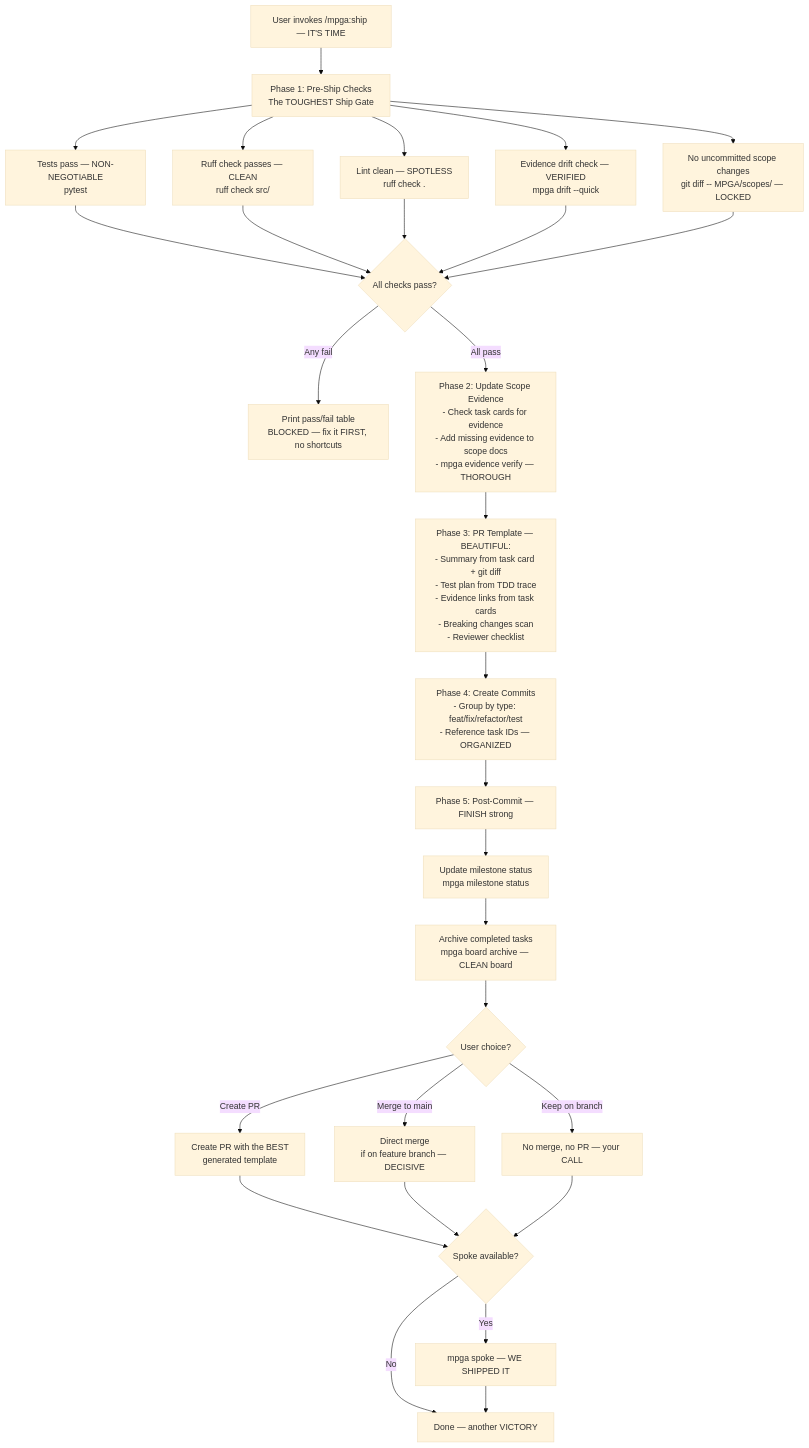
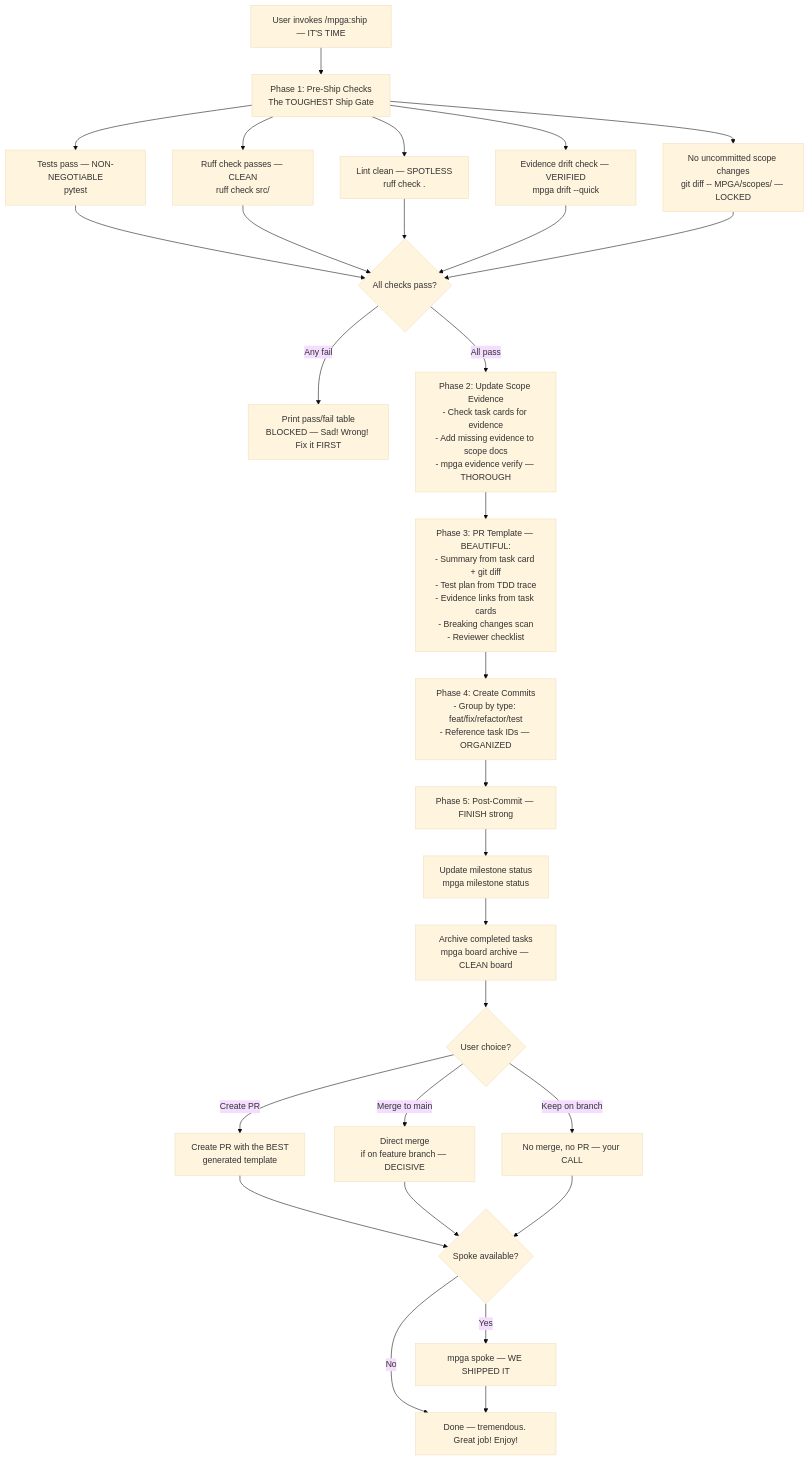
Before and after one commit to benrben/MPGA: the diagram in docs/diagrams/skills/ship.md, drawn with Mermaid (base theme). The commit also changed other lines of this file and 80 other files, not shown here.

````diff
--- a/docs/diagrams/skills/ship.md
+++ b/docs/diagrams/skills/ship.md
@@ -5,38 +5,38 @@
 ```mermaid
 flowchart TD
     A[User invokes /mpga:ship — IT'S TIME] --> B["Phase 1: Pre-Ship Checks\nThe TOUGHEST Ship Gate"]
 
     B --> C[Tests pass — NON-NEGOTIABLE\npytest]
     B --> D[Ruff check passes — CLEAN\nruff check src/]
     B --> E[Lint clean — SPOTLESS\nruff check .]
     B --> F[Evidence drift check — VERIFIED\nmpga drift --quick]
     B --> G["No uncommitted scope changes\ngit diff -- MPGA/scopes/ — LOCKED"]
 
     C --> H{All checks pass?}
     D --> H
     E --> H
     F --> H
     G --> H
 
-    H -->|Any fail| I["Print pass/fail table\nBLOCKED — fix it FIRST, no shortcuts"]
+    H -->|Any fail| I["Print pass/fail table\nBLOCKED — Sad! Wrong! Fix it FIRST"]
     H -->|All pass| J["Phase 2: Update Scope Evidence\n- Check task cards for evidence\n- Add missing evidence to scope docs\n- mpga evidence verify — THOROUGH"]
 
     J --> K["Phase 3: PR Template — BEAUTIFUL:\n- Summary from task card + git diff\n- Test plan from TDD trace\n- Evidence links from task cards\n- Breaking changes scan\n- Reviewer checklist"]
 
     K --> L["Phase 4: Create Commits\n- Group by type: feat/fix/refactor/test\n- Reference task IDs — ORGANIZED"]
 
     L --> M["Phase 5: Post-Commit — FINISH strong"]
     M --> N[Update milestone status\nmpga milestone status]
     N --> O[Archive completed tasks\nmpga board archive — CLEAN board]
     O --> P{User choice?}
     P -->|Create PR| Q[Create PR with the BEST\ngenerated template]
     P -->|Merge to main| R[Direct merge\nif on feature branch — DECISIVE]
     P -->|Keep on branch| S[No merge, no PR — your CALL]
 
     Q --> T{Spoke available?}
     R --> T
     S --> T
     T -->|Yes| U[mpga spoke — WE SHIPPED IT]
-    T -->|No| V[Done — another VICTORY]
+    T -->|No| V[Done — tremendous. Great job! Enjoy!]
     U --> V
 ```
````
